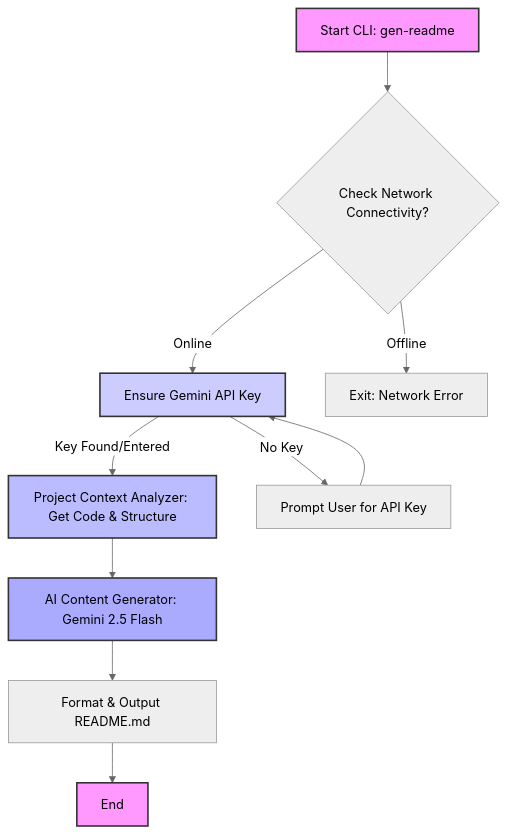
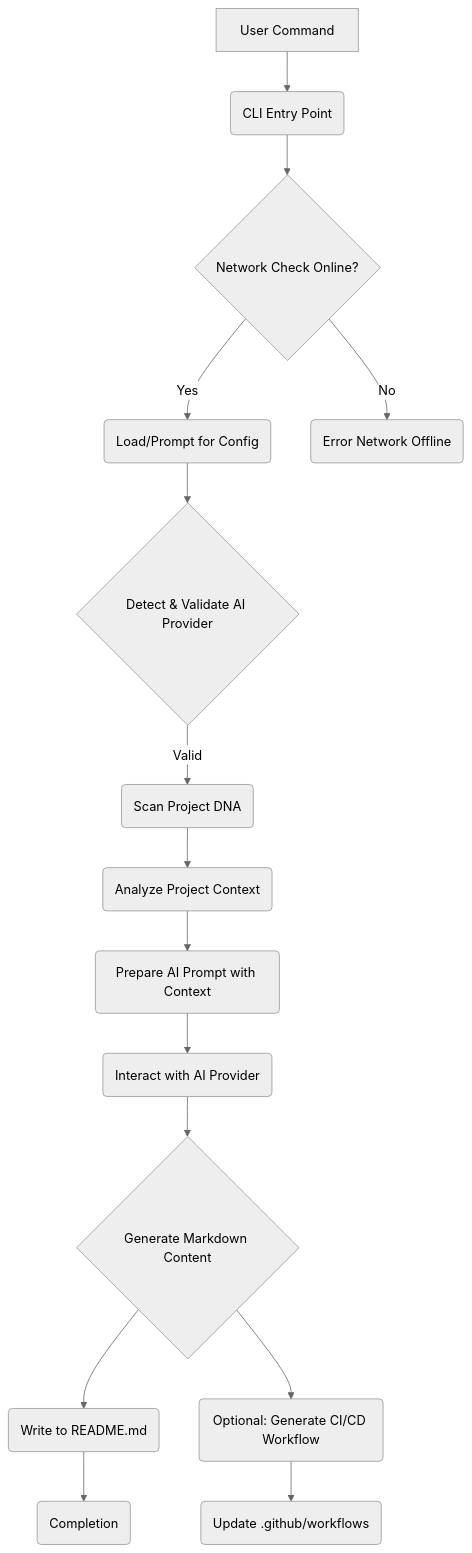
Before and after one commit to srikanta2006/Auto-Read-Me: the diagram in README.md, drawn with Mermaid (neutral theme). The commit also changed other lines of this file and 10 other files, not shown here.

````diff
--- a/README.md
+++ b/README.md
@@ -51,20 +51,17 @@
 ```mermaid
 graph TD
-    A[Start CLI: gen-readme] --> B{Check Network Connectivity?};
-    B -- Online --> C[Ensure Gemini API Key];
-    B -- Offline --> H[Exit: Network Error];
-
-    C -- Key Found/Entered --> D[Project Context Analyzer: Get Code & Structure];
-    C -- No Key --> I[Prompt User for API Key];
-    I --> C;
-
-    D --> E[AI Content Generator: Gemini 2.5 Flash];
-    E --> F[Format & Output README.md];
-    F --> G[End];
-
-    style A fill:#f9f,stroke:#333,stroke-width:2px;
-    style G fill:#f9f,stroke:#333,stroke-width:2px;
-    style C fill:#ccf,stroke:#333,stroke-width:2px;
-    style D fill:#bbf,stroke:#333,stroke-width:2px;
-    style E fill:#aaf,stroke:#333,stroke-width:2px;
+    A[User Command] --> B(CLI Entry Point)
+    B --> C{Network Check Online?}
+    C -- Yes --> D(Load/Prompt for Config)
+    C -- No --> E(Error Network Offline)
+    D --> F{Detect & Validate AI Provider}
+    F -- Valid --> G(Scan Project DNA)
+    G --> H(Analyze Project Context)
+    H --> I(Prepare AI Prompt with Context)
+    I --> J(Interact with AI Provider)
+    J --> K{Generate Markdown Content}
+    K --> L(Write to README.md)
+    K --> M(Optional: Generate CI/CD Workflow)
+    M --> N(Update .github/workflows)
+    L --> O(Completion)
 ```
````
